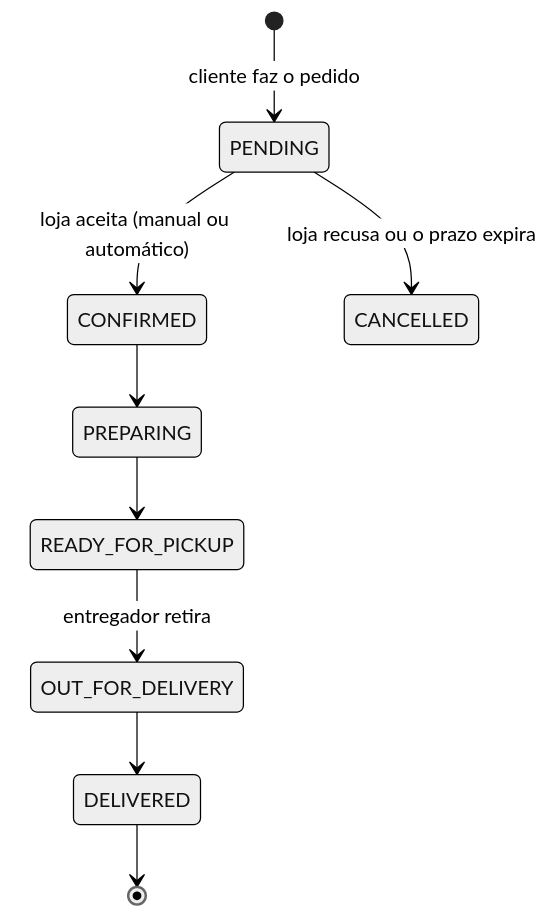
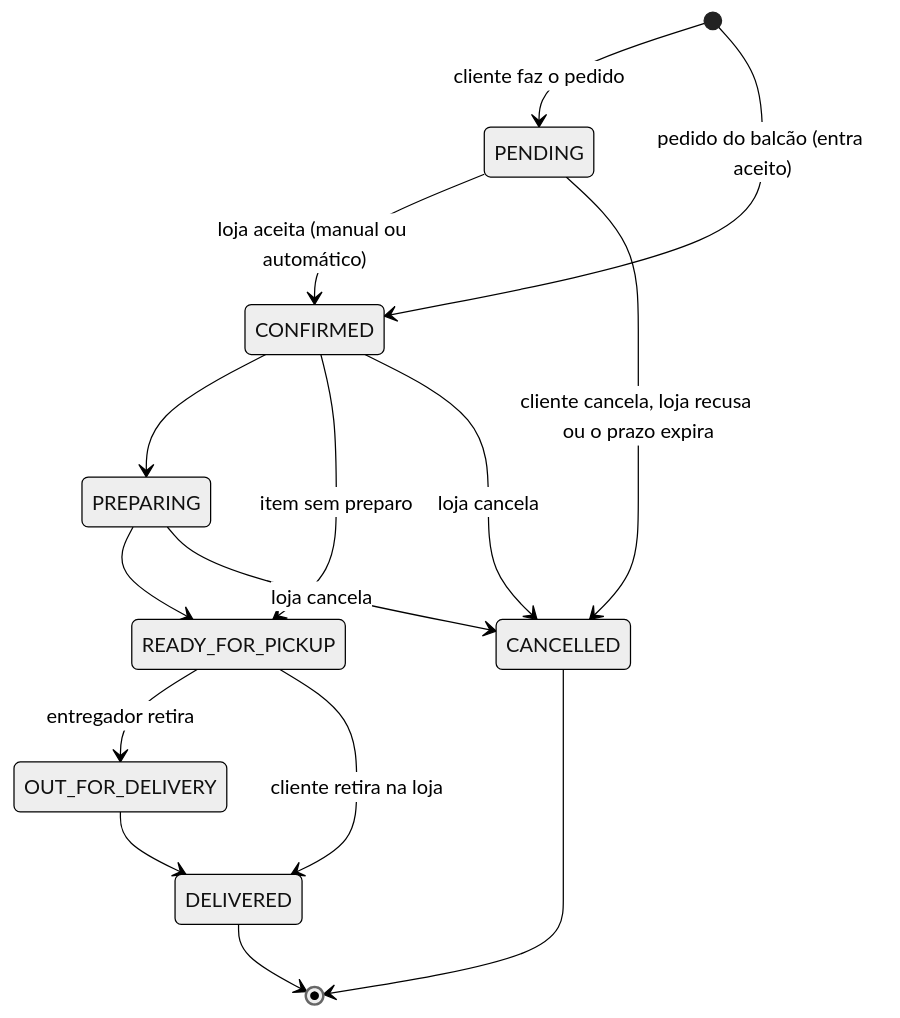
The second of 3 diagrams in docs/architecture/README.md (LucasRamos-Developer/openbag), drawn with Mermaid (neutral theme) before and after one commit. The commit also changed other lines of this file and 9 other files, not shown here.

````diff
--- a/docs/architecture/README.md
+++ b/docs/architecture/README.md
@@ -96,11 +106,17 @@
 ```mermaid
 stateDiagram-v2
     [*] --> PENDING: cliente faz o pedido
+    [*] --> CONFIRMED: pedido do balcão (entra aceito)
     PENDING --> CONFIRMED: loja aceita (manual ou automático)
-    PENDING --> CANCELLED: loja recusa ou o prazo expira
+    PENDING --> CANCELLED: cliente cancela, loja recusa ou o prazo expira
     CONFIRMED --> PREPARING
+    CONFIRMED --> READY_FOR_PICKUP: item sem preparo
+    CONFIRMED --> CANCELLED: loja cancela
     PREPARING --> READY_FOR_PICKUP
+    PREPARING --> CANCELLED: loja cancela
     READY_FOR_PICKUP --> OUT_FOR_DELIVERY: entregador retira
+    READY_FOR_PICKUP --> DELIVERED: cliente retira na loja
     OUT_FOR_DELIVERY --> DELIVERED
     DELIVERED --> [*]
+    CANCELLED --> [*]
 ```
````
